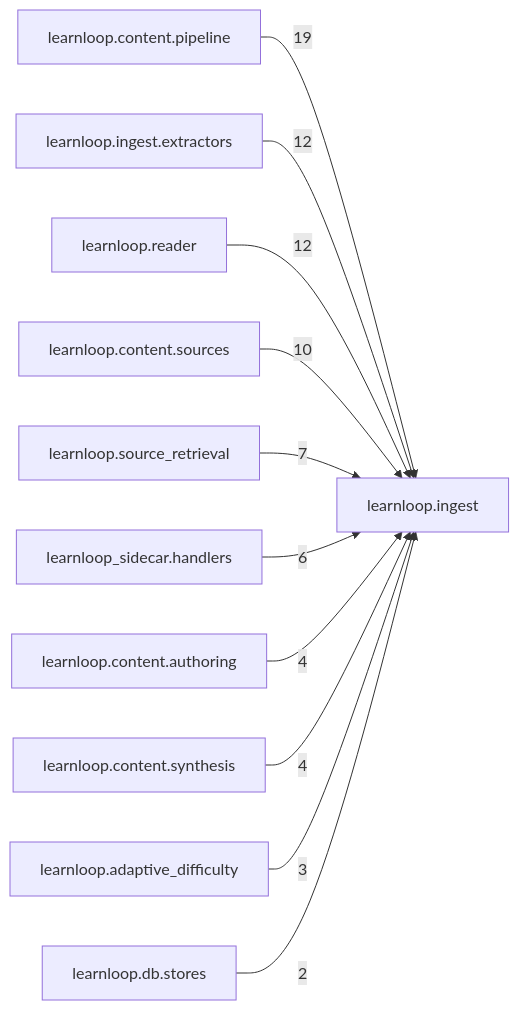
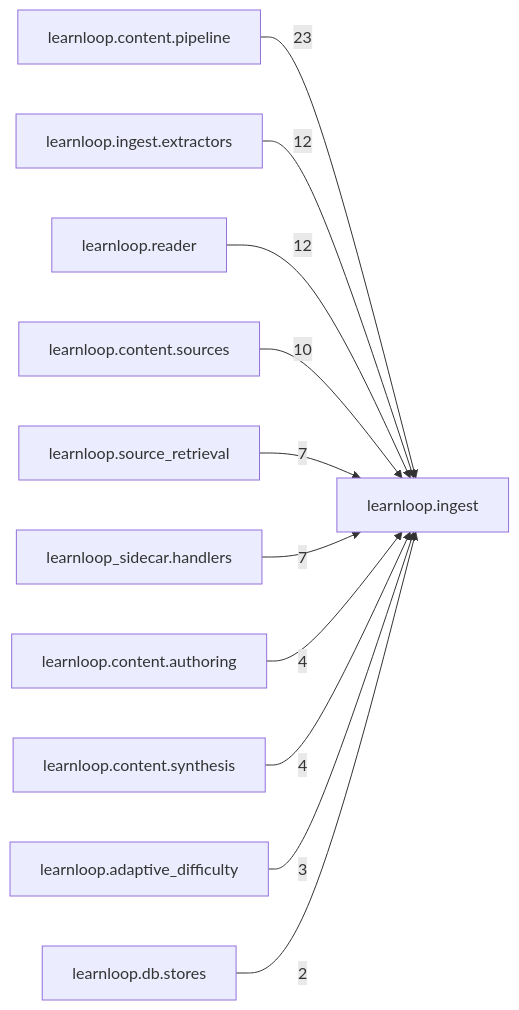
One commit to 6up-b/learnanything changed the diagram in docs/learnloop-architecture-vault/Reference/Modules/learnloop/ingest/_package.md. Above: the diagram before and after it, drawn with Mermaid. The commit also changed other lines of this file and 67 other files, not shown here.

````diff
--- a/docs/learnloop-architecture-vault/Reference/Modules/learnloop/ingest/_package.md
+++ b/docs/learnloop-architecture-vault/Reference/Modules/learnloop/ingest/_package.md
@@ -113,24 +113,24 @@
 ```mermaid
 flowchart LR
     center["learnloop.ingest"]
     n_learnloop_content_pipeline["learnloop.content.pipeline"]
     n_learnloop_ingest_extractors["learnloop.ingest.extractors"]
     n_learnloop_reader["learnloop.reader"]
     n_learnloop_content_sources["learnloop.content.sources"]
     n_learnloop_source_retrieval["learnloop.source_retrieval"]
     n_learnloop_sidecar_handlers["learnloop_sidecar.handlers"]
     n_learnloop_content_authoring["learnloop.content.authoring"]
     n_learnloop_content_synthesis["learnloop.content.synthesis"]
     n_learnloop_adaptive_difficulty["learnloop.adaptive_difficulty"]
     n_learnloop_db_stores["learnloop.db.stores"]
-    n_learnloop_content_pipeline -->|19| center
+    n_learnloop_content_pipeline -->|23| center
     n_learnloop_ingest_extractors -->|12| center
     n_learnloop_reader -->|12| center
     n_learnloop_content_sources -->|10| center
     n_learnloop_source_retrieval -->|7| center
-    n_learnloop_sidecar_handlers -->|6| center
+    n_learnloop_sidecar_handlers -->|7| center
     n_learnloop_content_authoring -->|4| center
     n_learnloop_content_synthesis -->|4| center
     n_learnloop_adaptive_difficulty -->|3| center
     n_learnloop_db_stores -->|2| center
 ```
````
